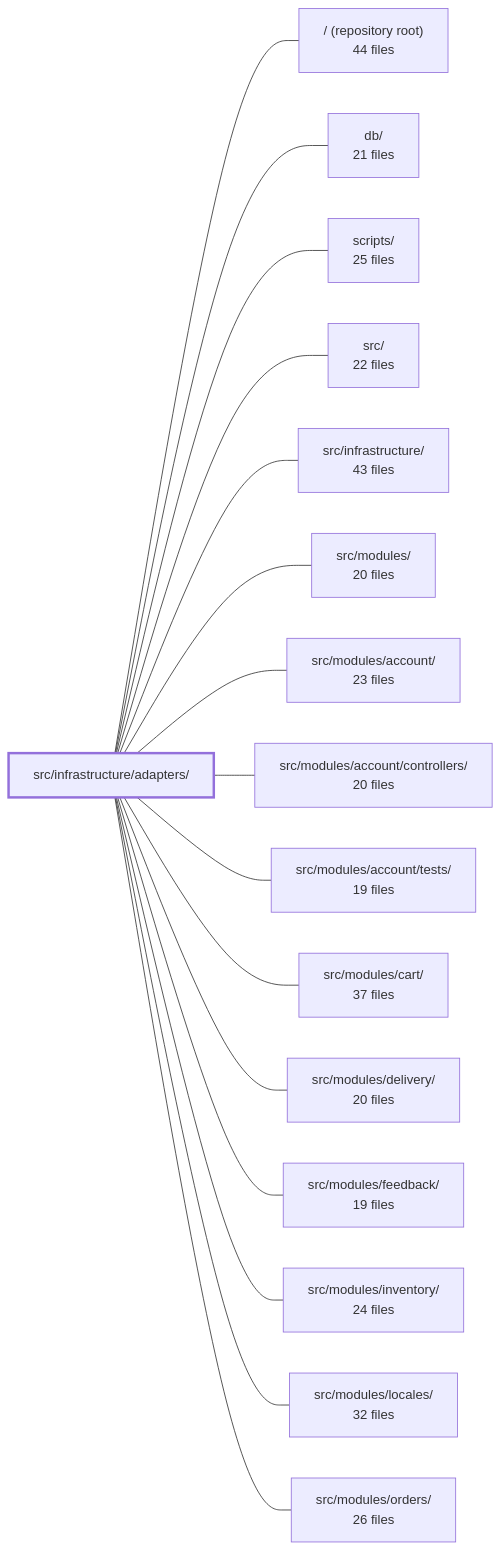
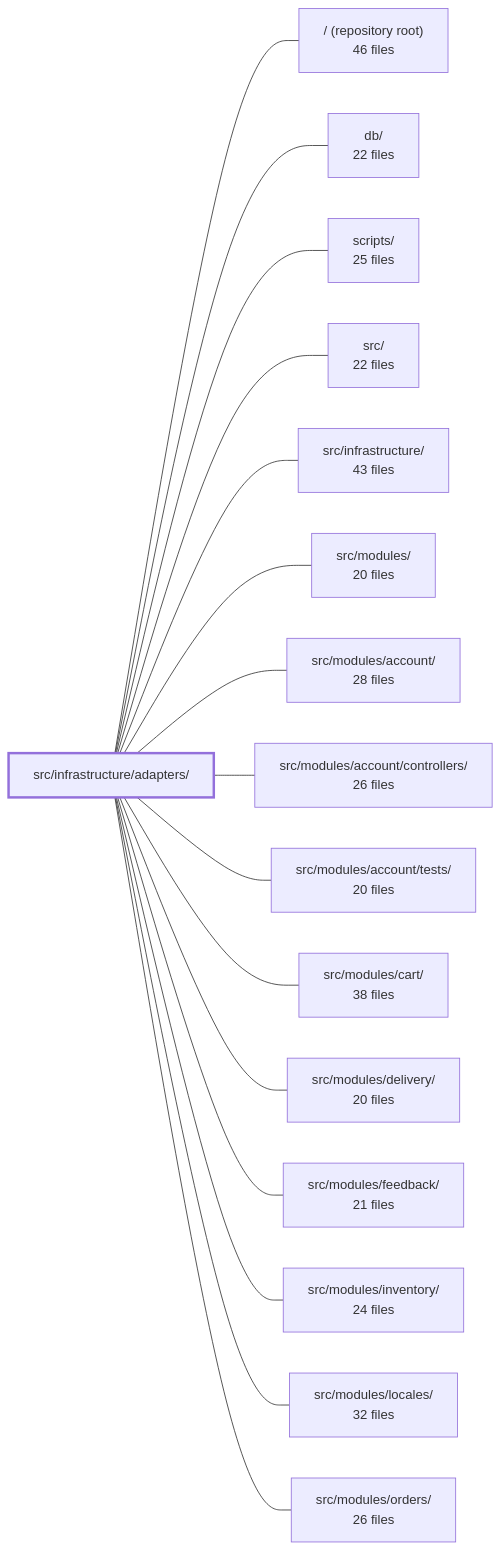
The diagram in .2repo/modules/boilerplate-node-backend_src_infrastructure_adapters.md (Guebbit/boilerplate-node-backend), drawn with Mermaid before and after one commit. The commit also changed other lines of this file and 302 other files, not shown here.

First line of the commit message:
chore(2repo): refresh repo context, wiki, and architecture snapshots

````diff
--- a/.2repo/modules/boilerplate-node-backend_src_infrastructure_adapters.md
+++ b/.2repo/modules/boilerplate-node-backend_src_infrastructure_adapters.md
@@ -40,35 +40,35 @@
 ```mermaid
 flowchart LR
     m_src_infrastructure_adapters["src/infrastructure/adapters/"]
-    m_root["/ (repository root)<br/>44 files"]
-    m_db["db/<br/>21 files"]
+    m_root["/ (repository root)<br/>46 files"]
+    m_db["db/<br/>22 files"]
     m_scripts["scripts/<br/>25 files"]
     m_src["src/<br/>22 files"]
     m_src_infrastructure["src/infrastructure/<br/>43 files"]
     m_src_modules["src/modules/<br/>20 files"]
-    m_src_modules_account["src/modules/account/<br/>23 files"]
-    m_src_modules_account_controllers["src/modules/account/controllers/<br/>20 files"]
-    m_src_modules_account_tests["src/modules/account/tests/<br/>19 files"]
-    m_src_modules_cart["src/modules/cart/<br/>37 files"]
+    m_src_modules_account["src/modules/account/<br/>28 files"]
+    m_src_modules_account_controllers["src/modules/account/controllers/<br/>26 files"]
+    m_src_modules_account_tests["src/modules/account/tests/<br/>20 files"]
+    m_src_modules_cart["src/modules/cart/<br/>38 files"]
     m_src_modules_delivery["src/modules/delivery/<br/>20 files"]
-    m_src_modules_feedback["src/modules/feedback/<br/>19 files"]
+    m_src_modules_feedback["src/modules/feedback/<br/>21 files"]
     m_src_modules_inventory["src/modules/inventory/<br/>24 files"]
     m_src_modules_locales["src/modules/locales/<br/>32 files"]
     m_src_modules_orders["src/modules/orders/<br/>26 files"]
     m_src_infrastructure_adapters --- m_root
     m_src_infrastructure_adapters --- m_db
     m_src_infrastructure_adapters --- m_scripts
     m_src_infrastructure_adapters --- m_src
     m_src_infrastructure_adapters --- m_src_infrastructure
     m_src_infrastructure_adapters --- m_src_modules
     m_src_infrastructure_adapters --- m_src_modules_account
     m_src_infrastructure_adapters --- m_src_modules_account_controllers
     m_src_infrastructure_adapters --- m_src_modules_account_tests
     m_src_infrastructure_adapters --- m_src_modules_cart
     m_src_infrastructure_adapters --- m_src_modules_delivery
     m_src_infrastructure_adapters --- m_src_modules_feedback
     m_src_infrastructure_adapters --- m_src_modules_inventory
     m_src_infrastructure_adapters --- m_src_modules_locales
     m_src_infrastructure_adapters --- m_src_modules_orders
     style m_src_infrastructure_adapters stroke-width:3px
 ```
````
